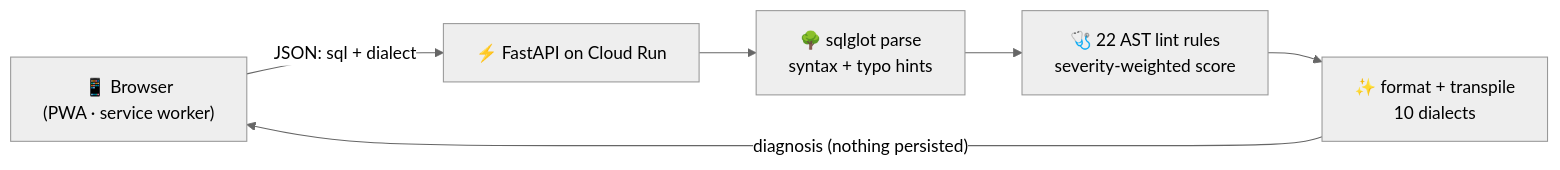
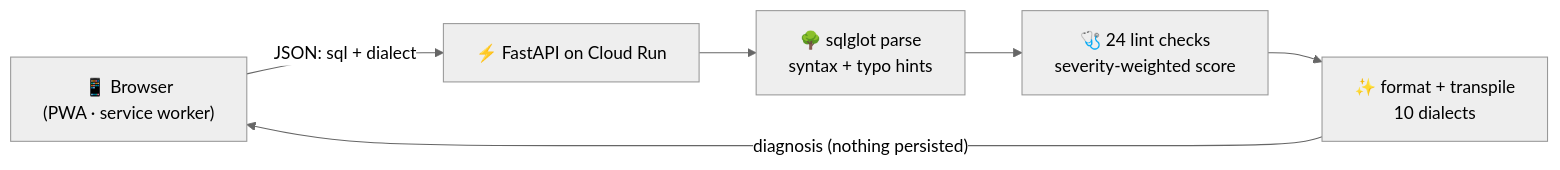
The diagram in README.md (ARAVINDHRAJA123/querydoctor), drawn with Mermaid (neutral theme) before and after one commit. The commit also changed other lines of this file and 2 other files, not shown here.

````diff
--- a/README.md
+++ b/README.md
@@ -110,8 +114,8 @@
 ```mermaid
 flowchart LR
     A["📱 Browser<br/>(PWA · service worker)"] -- "JSON: sql + dialect" --> B["⚡ FastAPI on Cloud Run"]
     B --> C["🌳 sqlglot parse<br/>syntax + typo hints"]
-    C --> D["🩺 22 AST lint rules<br/>severity-weighted score"]
+    C --> D["🩺 24 lint checks<br/>severity-weighted score"]
     D --> E["✨ format + transpile<br/>10 dialects"]
     E -- "diagnosis (nothing persisted)" --> A
 ```
````
